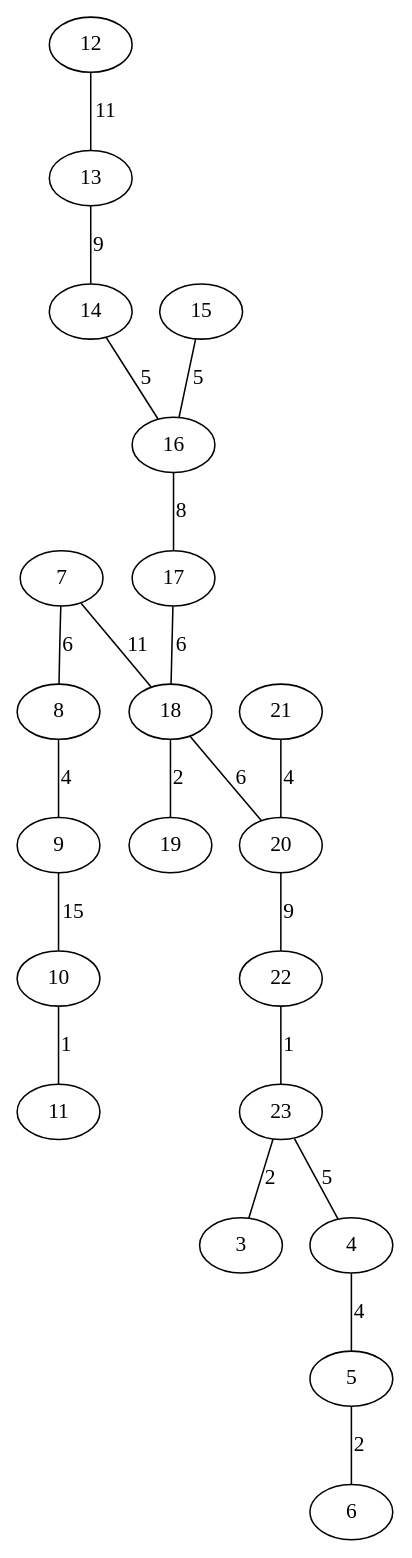
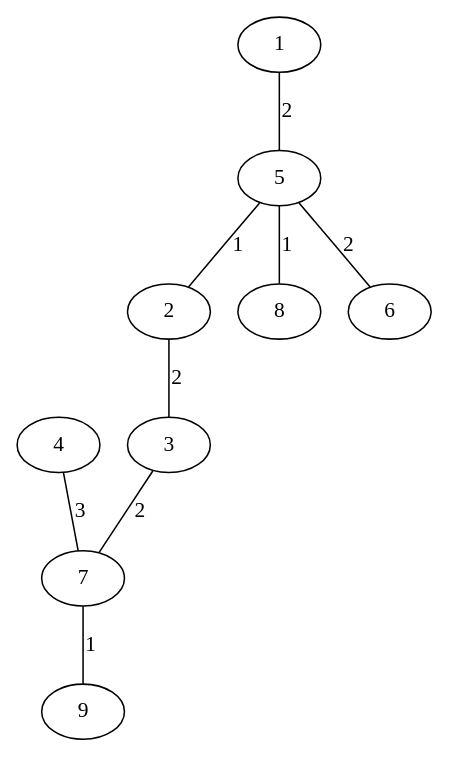
Before and after one commit to daniel41silva05/ISEP_2023_2024_LAPR2: the diagram in src/main/java/mdisc/output_menor_caminho.csv.dot, drawn with Graphviz. The commit also changed 469 other files, not shown here.

```diff
--- a/src/main/java/mdisc/output_menor_caminho.csv.dot
+++ b/src/main/java/mdisc/output_menor_caminho.csv.dot
@@ -1,22 +1,10 @@
 graph G {
-22 -- 23 [label="1"];
-10 -- 11 [label="1"];
-18 -- 19 [label="2"];
-23 -- 3 [label="2"];
+5 -- 2 [label="1"];
+5 -- 8 [label="1"];
+7 -- 9 [label="1"];
+1 -- 5 [label="2"];
+2 -- 3 [label="2"];
+3 -- 7 [label="2"];
 5 -- 6 [label="2"];
-21 -- 20 [label="4"];
-4 -- 5 [label="4"];
-8 -- 9 [label="4"];
-14 -- 16 [label="5"];
-15 -- 16 [label="5"];
-23 -- 4 [label="5"];
-17 -- 18 [label="6"];
-18 -- 20 [label="6"];
-7 -- 8 [label="6"];
-16 -- 17 [label="8"];
-13 -- 14 [label="9"];
-20 -- 22 [label="9"];
-12 -- 13 [label="11"];
-7 -- 18 [label="11"];
-9 -- 10 [label="15"];
+4 -- 7 [label="3"];
 }
```
